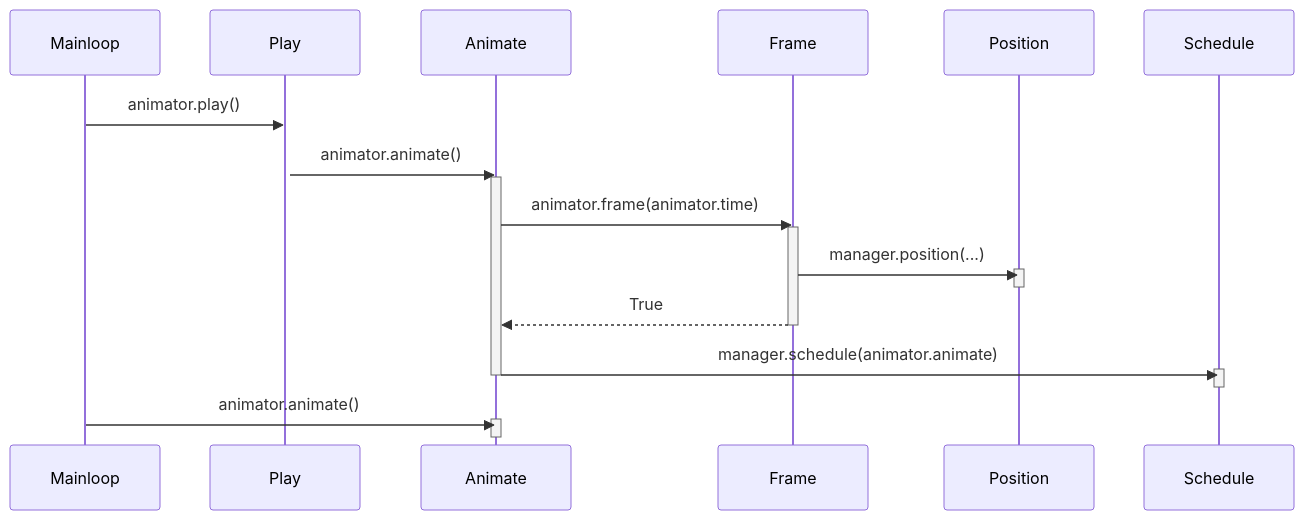
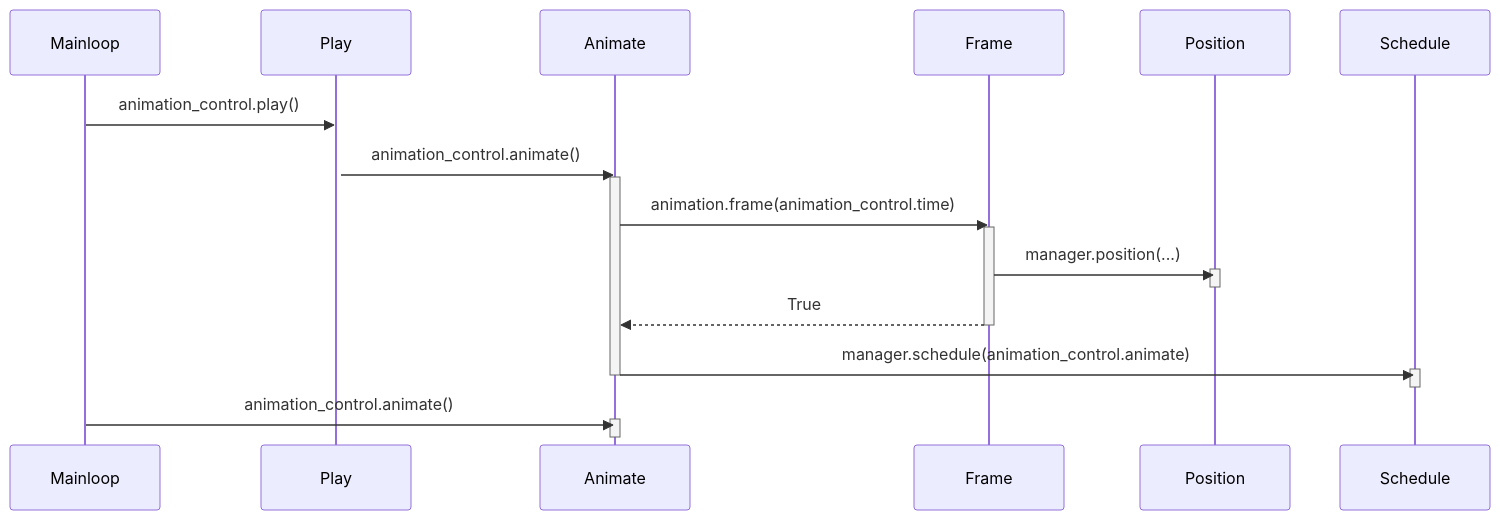
One commit to Peikkohi/ot-harjoitustyo changed the third of 3 diagrams in tween-animation-app/dokumentaatio/arkkitehtuuri.md. Above: the diagram before and after it, drawn with Mermaid. The commit also changed other lines of this file and 2 other files, not shown here.

````diff
--- a/tween-animation-app/dokumentaatio/arkkitehtuuri.md
+++ b/tween-animation-app/dokumentaatio/arkkitehtuuri.md
@@ -13,28 +39,28 @@
 ```mermaid
 sequenceDiagram
         participant Mainloop
         participant Play
         participant Animate
         participant Frame
         participant Position
         participant Schedule
 
-        Mainloop->>Play: animator.play()
+        Mainloop->>Play: animation_control.play()
         activate Play
-        Play->>Animate: animator.animate()
+        Play->>Animate: animation_control.animate()
         activate Animate
-        Animate->>Frame: animator.frame(animator.time)
+        Animate->>Frame: animation.frame(animation_control.time)
         activate Frame
         Frame->>Position: manager.position(...)
         activate Position
         deactivate Position
         Frame-->>Animate: True
         deactivate Frame
-        Animate->>Schedule: manager.schedule(animator.animate)
+        Animate->>Schedule: manager.schedule(animation_control.animate)
         activate Schedule
         deactivate Schedule
         deactivate Animate
-        Mainloop->>Animate: animator.animate()
+        Mainloop->>Animate: animation_control.animate()
         activate Animate
         deactivate Animate
 ```
````
